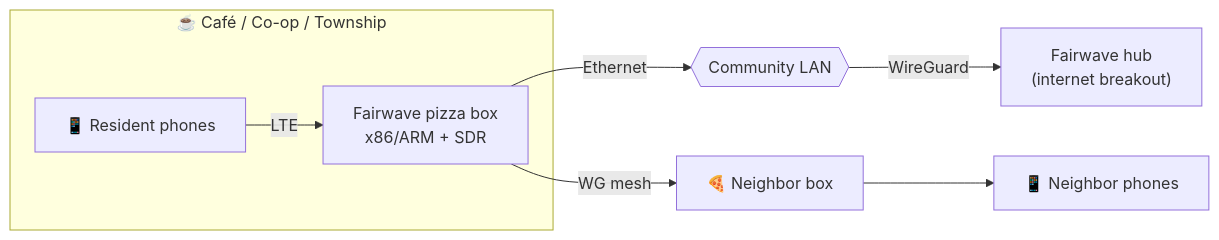
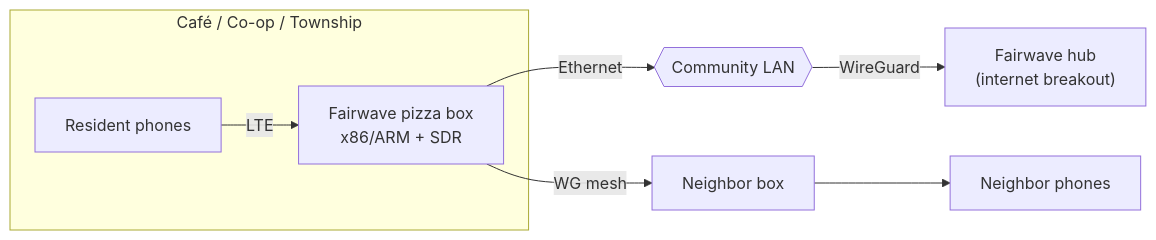
One commit to HyperonX-Team/Fairwave-Sim changed the diagram in docs/vision.md. Above: the diagram before and after it, drawn with Mermaid. The commit also changed other lines of this file and 9 other files, not shown here.

````diff
--- a/docs/vision.md
+++ b/docs/vision.md
@@ -34,12 +34,12 @@
 ```mermaid
 flowchart LR
-    subgraph Cafe["☕ Café / Co-op / Township"]
+    subgraph Cafe["Café / Co-op / Township"]
         BOX["Fairwave pizza box<br/>x86/ARM + SDR"]
-        UE1["📱 Resident phones"]
+        UE1["Resident phones"]
         UE1 -- LTE --> BOX
     end
     BOX -- Ethernet --> LAN{{Community LAN}}
     LAN -- WireGuard --> HUB["Fairwave hub<br/>(internet breakout)"]
-    BOX -- WG mesh --> PIX["🍕 Neighbor box"]
-    PIX --> UE2["📱 Neighbor phones"]
+    BOX -- WG mesh --> PIX["Neighbor box"]
+    PIX --> UE2["Neighbor phones"]
 ```
````
